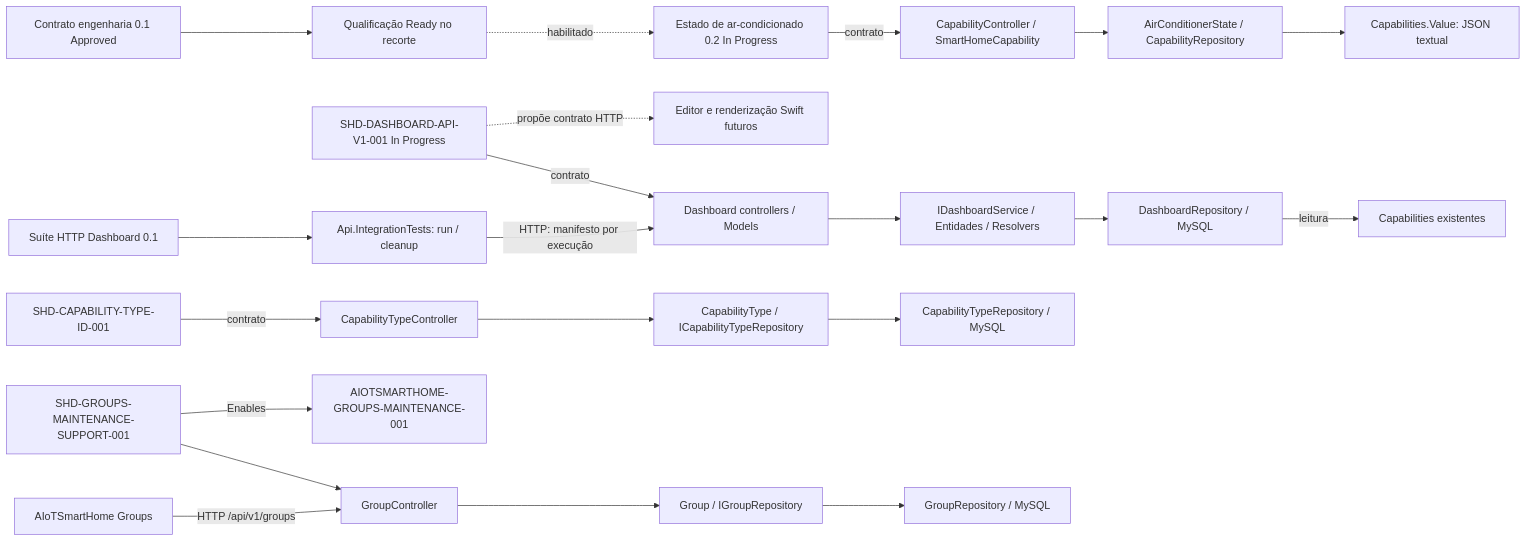
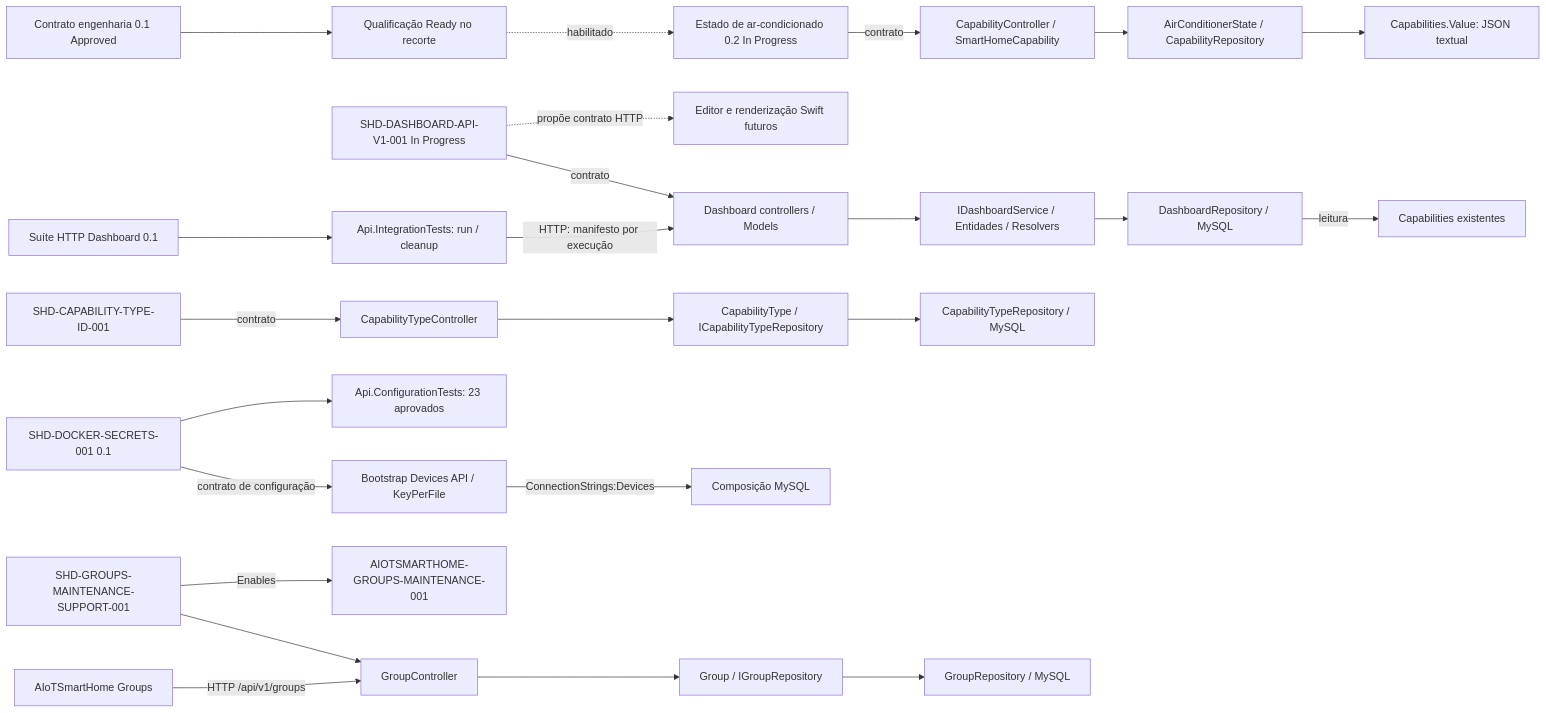
One commit to iotsmartsys/SmartHome-DeviceApi changed the diagram in docs/rfc/KNOWLEDGE-MAP.md. Above: the diagram before and after it, drawn with Mermaid. The commit also changed other lines of this file and 19 other files, not shown here.

Commit message:
Implement Devices API file secret configuration

````diff
--- a/docs/rfc/KNOWLEDGE-MAP.md
+++ b/docs/rfc/KNOWLEDGE-MAP.md
@@ -76,23 +79,26 @@
 ```mermaid
 flowchart LR
     ENGINEERING[Contrato engenharia 0.1 Approved] --> READINESS[Qualificação Ready no recorte]
     READINESS -.->|habilitado| ACSPEC
     ACSPEC[Estado de ar-condicionado 0.2 In Progress] -->|contrato| ACAPI[CapabilityController / SmartHomeCapability]
     ACAPI --> ACCORE[AirConditionerState / CapabilityRepository]
     ACCORE --> ACDB[Capabilities.Value: JSON textual]
     DASHSPEC[SHD-DASHBOARD-API-V1-001 In Progress] -->|contrato| DASHAPI[Dashboard controllers / Models]
     DASHTESTSPEC[Suíte HTTP Dashboard 0.1] --> DASHTEST[Api.IntegrationTests: run / cleanup]
     DASHTEST -->|HTTP: manifesto por execução| DASHAPI
     DASHAPI --> DASHCORE[IDashboardService / Entidades / Resolvers]
     DASHCORE --> DASHDB[DashboardRepository / MySQL]
     DASHDB -->|leitura| DASHCAP[Capabilities existentes]
     DASHSPEC -.->|propõe contrato HTTP| DASHAPP[Editor e renderização Swift futuros]
     CTSPEC[SHD-CAPABILITY-TYPE-ID-001] -->|contrato| CTAPI[CapabilityTypeController]
     CTAPI --> CTCORE[CapabilityType / ICapabilityTypeRepository]
     CTCORE --> CTDB[CapabilityTypeRepository / MySQL]
+    SECRETCONFIG[SHD-DOCKER-SECRETS-001 0.1] -->|contrato de configuração| DEVICESBOOT[Bootstrap Devices API / KeyPerFile]
+    DEVICESBOOT -->|ConnectionStrings:Devices| DEVICESDB[Composição MySQL]
+    SECRETCONFIG --> SECRETTESTS[Api.ConfigurationTests: 23 aprovados]
     APP[AIoTSmartHome Groups] -->|HTTP /api/v1/groups| API[GroupController]
     SPEC[SHD-GROUPS-MAINTENANCE-SUPPORT-001] --> API
     API --> CORE[Group / IGroupRepository]
     CORE --> DB[GroupRepository / MySQL]
     SPEC -->|Enables| APPSPEC[AIOTSMARTHOME-GROUPS-MAINTENANCE-001]
 ```
````
